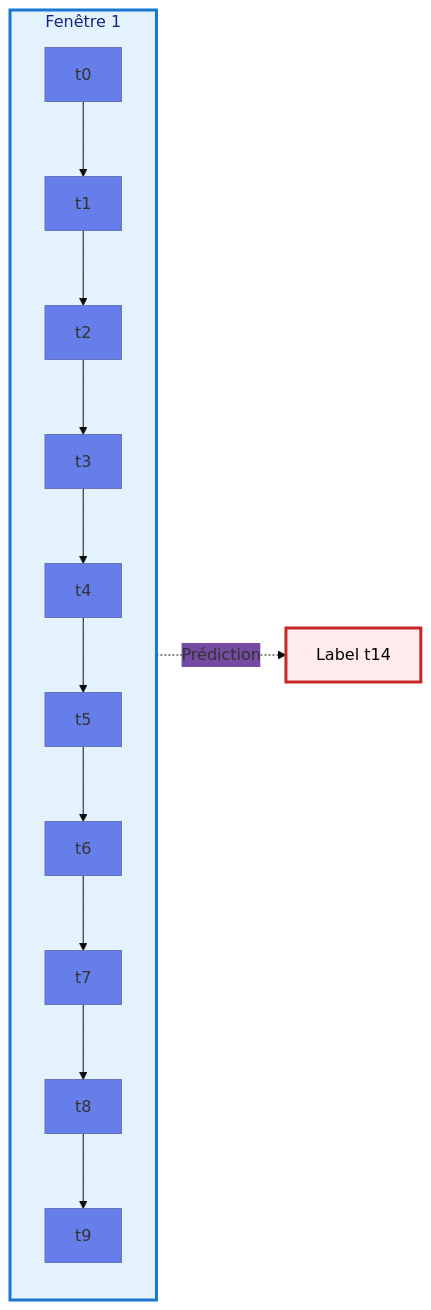
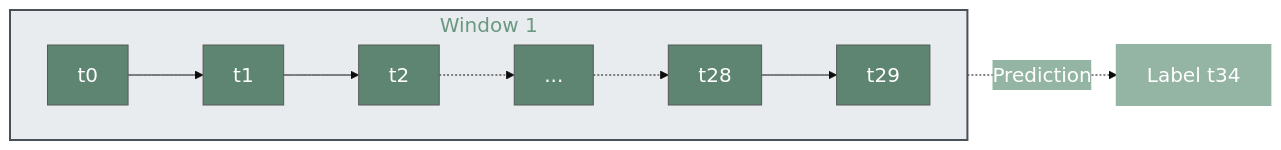
Before and after one commit to tilleli/Ddos-attack-forecasting: the first of 3 diagrams in README.md, drawn with Mermaid. The commit also changed other lines of this file, not shown here.

````diff
--- a/README.md
+++ b/README.md
@@ -50,12 +144,19 @@
 ```mermaid
-%%{init: {'theme':'base', 'themeVariables': { 'primaryColor':'#667eea','secondaryColor':'#764ba2'}}}%%
+%%{init: {'theme':'base', 'themeVariables': { 'primaryColor':'#5D8571','secondaryColor':'#94B5A3', 'fontSize':'20px', 'primaryTextColor':'#ffffff', 'secondaryTextColor':'#ffffff'}}}%%
 graph LR
-    subgraph Window1["Fenêtre 1"]
-        A0[t0] --> A1[t1] --> A2[t2] --> A3[t3] --> A4[t4] --> A5[t5] --> A6[t6] --> A7[t7] --> A8[t8] --> A9[t9]
+    subgraph Window1["Window 1"]
+        direction LR
+        A0["t0"] --> A1["t1"] --> A2["t2"] -.-> A3["..."] -.-> A28["t28"] --> A29["t29"]
     end
     
-    Window1 -.->|Prédiction| P1[Label t14]
+    Window1 -.->|Prediction| P1["Label t34"]
     
-    style Window1 fill:#e3f2fd,stroke:#1976d2,stroke-width:3px
-    style P1 fill:#ffebee,stroke:#c62828,stroke-width:3px,color:#000
+    style Window1 fill:#e9ecef,stroke:#495057,stroke-width:2px, 'fontSize':'20px
+    style P1 fill:#94B5A3,stroke:#94B5A3,stroke-width:2px,color:#ffffff, 'fontSize':'20px
+    style A0 color:#ffffff
+    style A1 color:#ffffff
+    style A2 color:#ffffff
+    style A3 color:#ffffff
+    style A28 color:#ffffff
+    style A29 color:#ffffff
 ```
````
